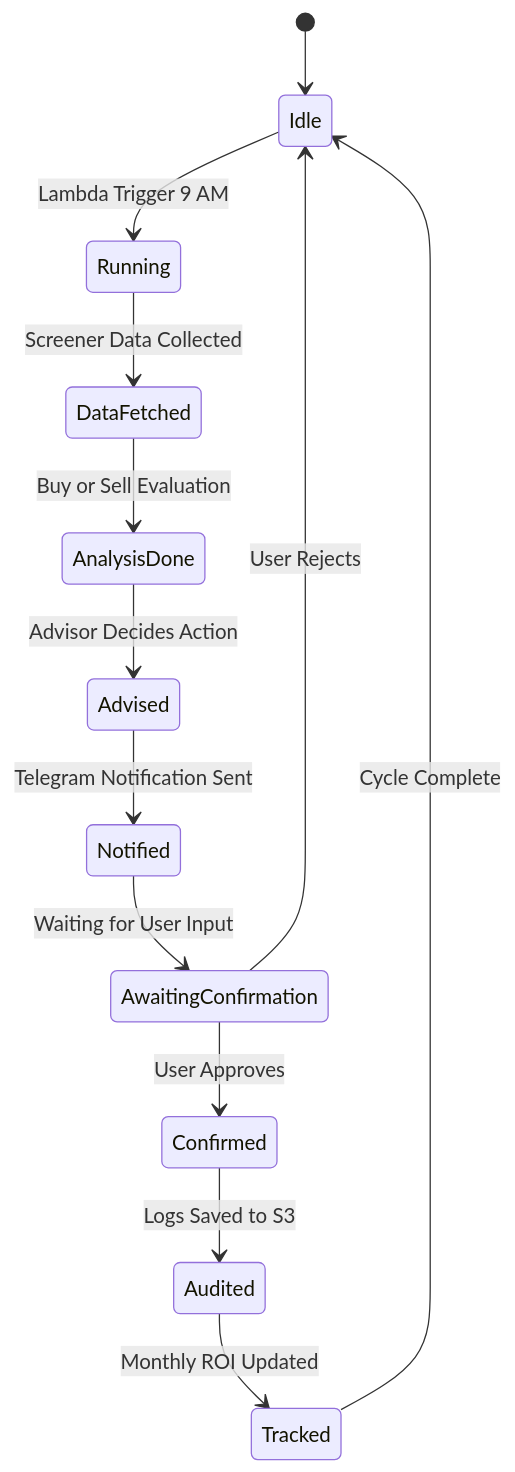
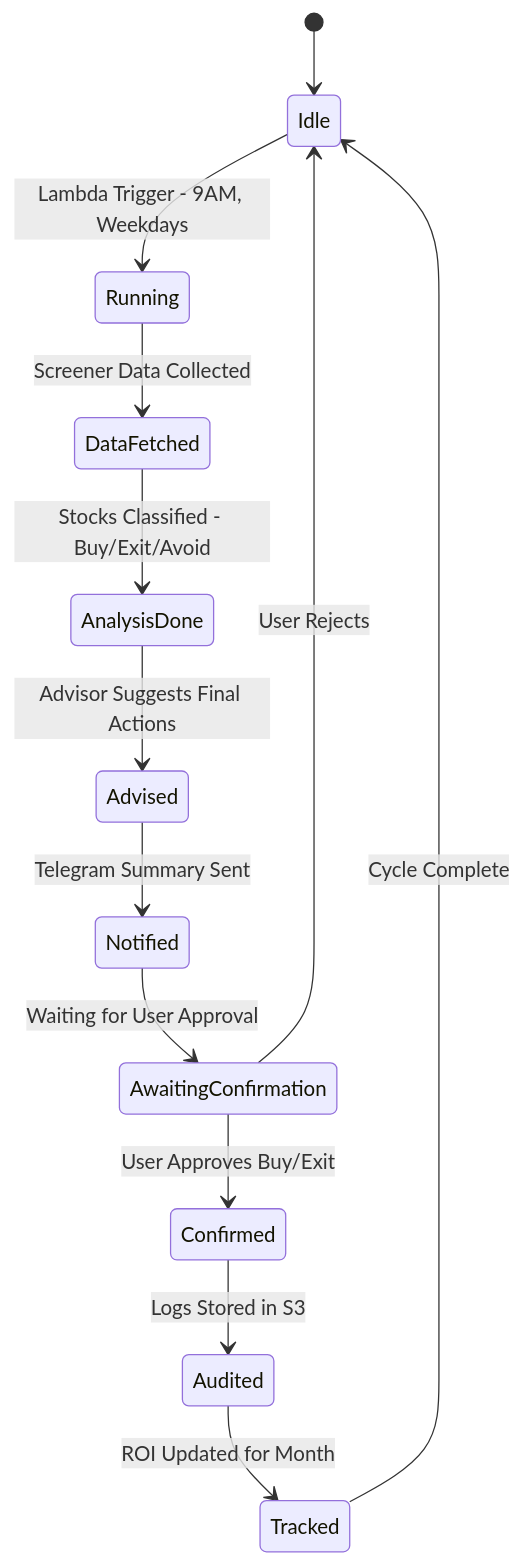
The fourth of 4 diagrams in README.md (tarunvelagala/agentpenny), drawn with Mermaid before and after one commit. The commit also changed other lines of this file, not shown here.

Commit message:
Update flowchart and state diagram in README

````diff
--- a/README.md
+++ b/README.md
@@ -207,15 +203,15 @@
 ```mermaid
 stateDiagram-v2
     [*] --> Idle
-    Idle --> Running : Lambda Trigger 9 AM
+    Idle --> Running : Lambda Trigger - 9AM, Weekdays
     Running --> DataFetched : Screener Data Collected
-    DataFetched --> AnalysisDone : Buy or Sell Evaluation
-    AnalysisDone --> Advised : Advisor Decides Action
-    Advised --> Notified : Telegram Notification Sent
-    Notified --> AwaitingConfirmation : Waiting for User Input
-    AwaitingConfirmation --> Confirmed : User Approves
+    DataFetched --> AnalysisDone : Stocks Classified - Buy/Exit/Avoid
+    AnalysisDone --> Advised : Advisor Suggests Final Actions
+    Advised --> Notified : Telegram Summary Sent
+    Notified --> AwaitingConfirmation : Waiting for User Approval
+    AwaitingConfirmation --> Confirmed : User Approves Buy/Exit
     AwaitingConfirmation --> Idle : User Rejects
-    Confirmed --> Audited : Logs Saved to S3
-    Audited --> Tracked : Monthly ROI Updated
+    Confirmed --> Audited : Logs Stored in S3
+    Audited --> Tracked : ROI Updated for Month
     Tracked --> Idle : Cycle Complete
 ```
````
